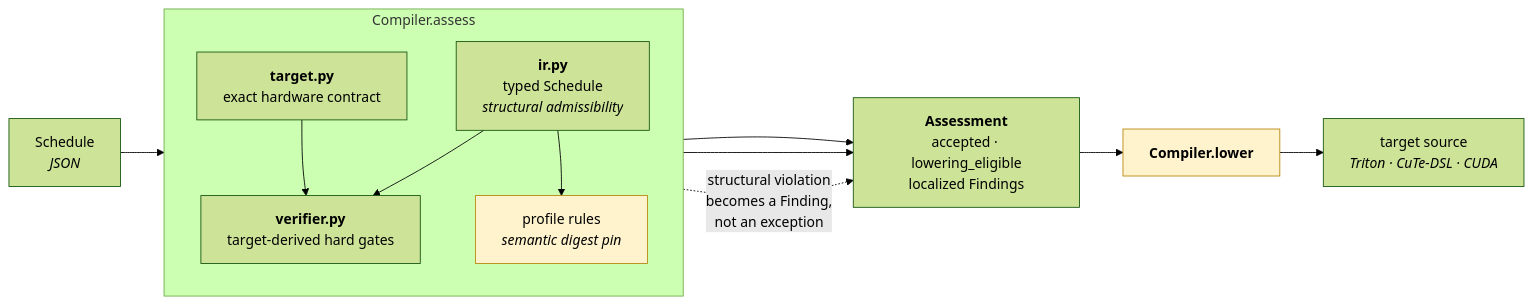
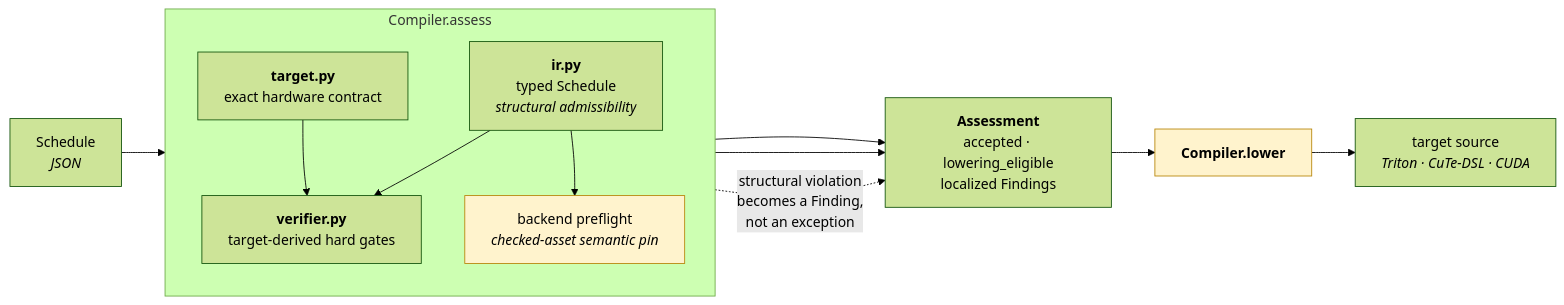
Before and after one commit to qhy991/open-cake-ir: the second of 7 diagrams in docs/ARCHITECTURE.md, drawn with Mermaid (forest theme). The commit also changed other lines of this file and 91 other files, not shown here.

````diff
--- a/docs/ARCHITECTURE.md
+++ b/docs/ARCHITECTURE.md
@@ -53,25 +54,25 @@
 ```mermaid
 graph LR
     S["Schedule<br/><i>JSON</i>"] --> IR
 
     subgraph assess["Compiler.assess"]
         direction TB
         IR["<b>ir.py</b><br/>typed Schedule<br/><i>structural admissibility</i>"]
         VER["<b>verifier.py</b><br/>target-derived hard gates"]
         TGT["<b>target.py</b><br/>exact hardware contract"]
-        PROF["profile rules<br/><i>semantic digest pin</i>"]
+        PROF["backend preflight<br/><i>checked-asset semantic pin</i>"]
         IR --> VER
         TGT --> VER
         IR --> PROF
     end
 
     VER --> A["<b>Assessment</b><br/>accepted · lowering_eligible<br/>localized Findings"]
     PROF --> A
     A --> LOW["<b>Compiler.lower</b>"]
     LOW --> ART["target source<br/><i>Triton · CuTe-DSL · CUDA</i>"]
 
     IR -. "structural violation<br/>becomes a Finding,<br/>not an exception" .-> A
 
     style LOW fill:#fff3cd,stroke:#b8860b
     style PROF fill:#fff3cd,stroke:#b8860b
 ```
````
